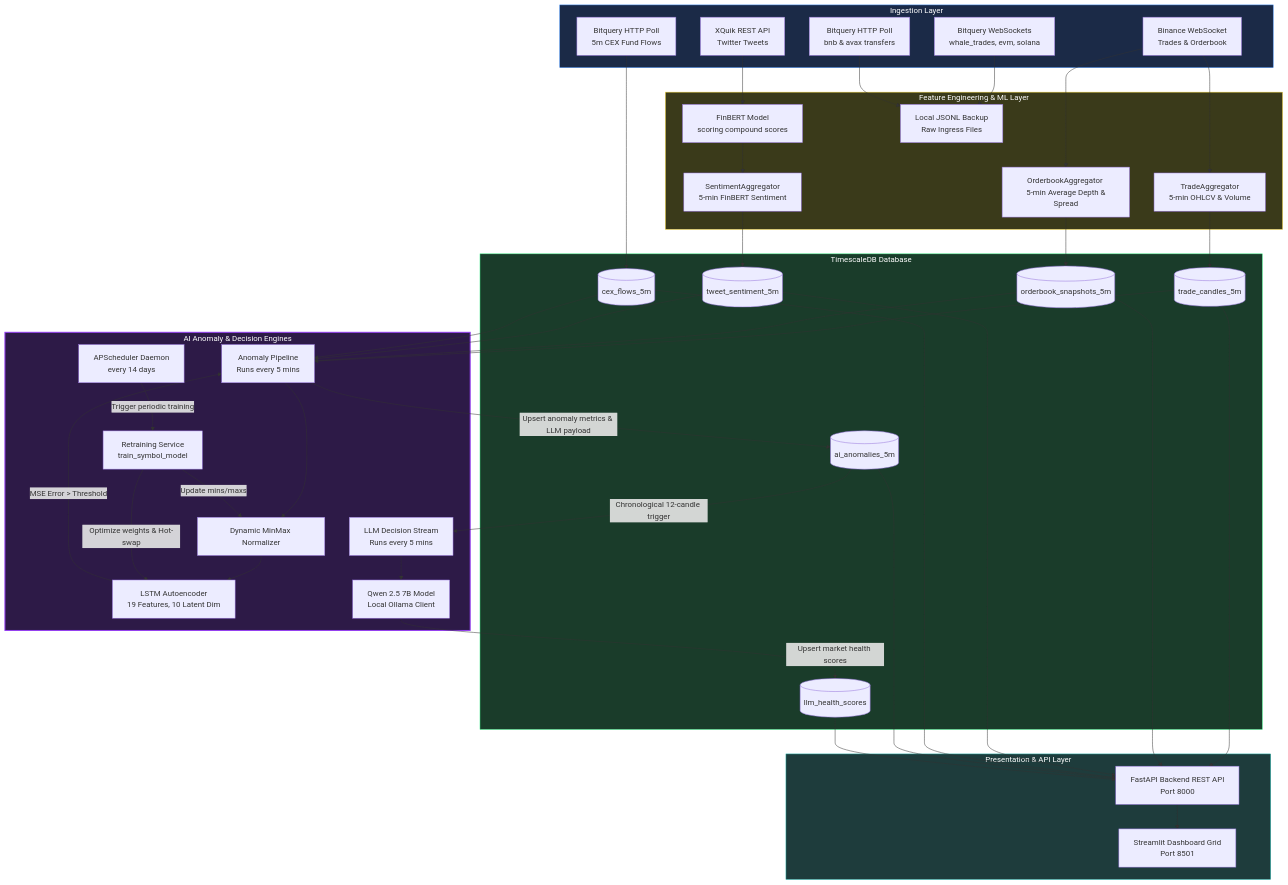
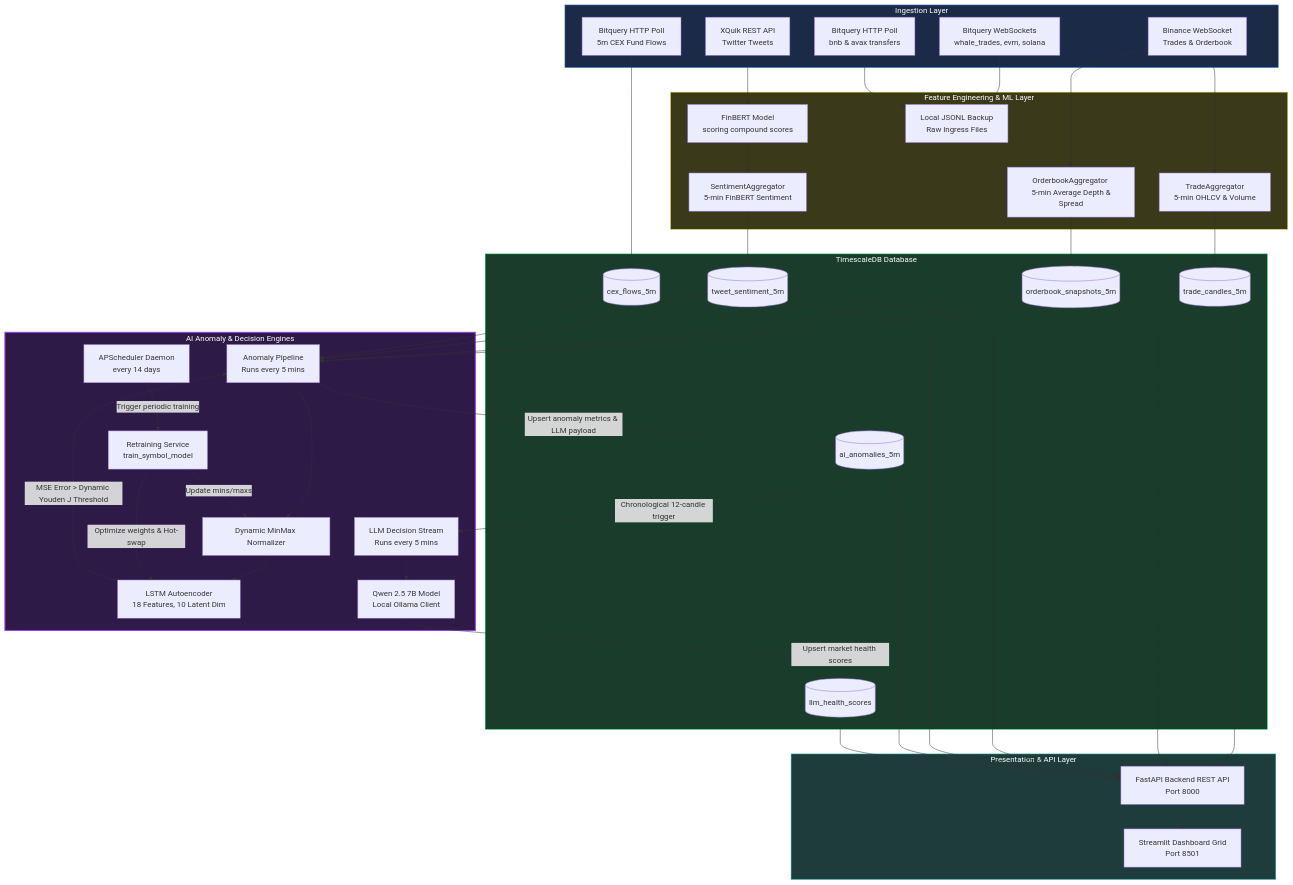
One commit to ErkanIsikB/CryptoSense changed the diagram in README.md. Above: the diagram before and after it, drawn with Mermaid. The commit also changed other lines of this file and 2 other files, not shown here.

Commit message:
Added ROC Threshold feature, updated README.md

```diff
--- a/README.md
+++ b/README.md
@@ -41,7 +41,7 @@
     %% AI Anomaly Detection & LLM Engines
     subgraph ML_Engine ["AI Anomaly & Decision Engines"]
         AP[Anomaly Pipeline <br/> Runs every 5 mins]
-        LSTM[LSTM Autoencoder <br/> 19 Features, 10 Latent Dim]
+        LSTM[LSTM Autoencoder <br/> 18 Features, 10 Latent Dim]
         SCALER[Dynamic MinMax Normalizer]
         
         LLM[LLM Decision Stream <br/> Runs every 5 mins]
@@ -75,7 +75,7 @@
     T_CF --> AP
     
     AP --> SCALER --> LSTM
-    LSTM -->|MSE Error > Threshold| AP
+    LSTM -->|MSE Error > Dynamic Youden J Threshold| AP
     AP -->|Upsert anomaly metrics & LLM payload| T_ANOM
     
     T_ANOM -->|Chronological 12-candle trigger| LLM
```
